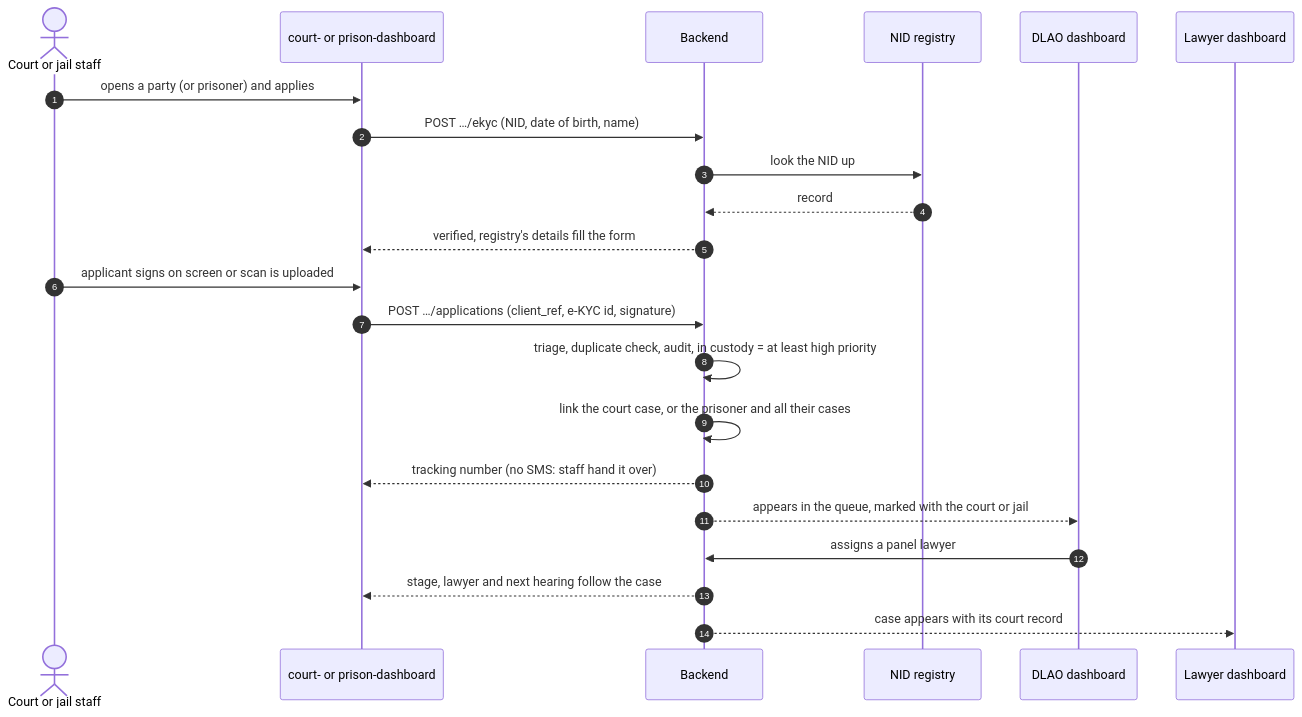
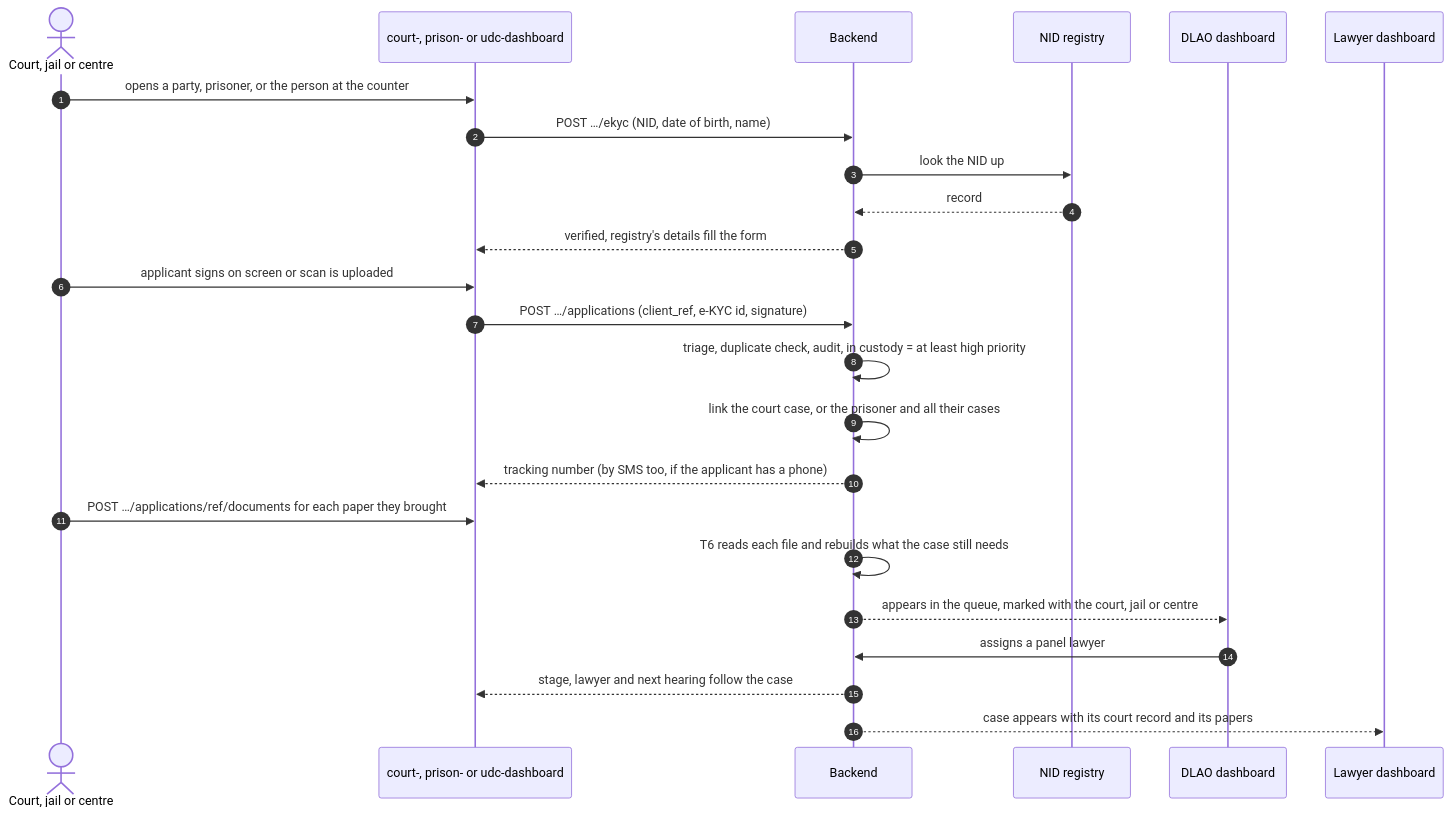
Before and after one commit to muztahiddurjoy/vanguard: diagram 20 of 22 in README.md, drawn with Mermaid. The commit also changed other lines of this file and 4 other files, not shown here.

````diff
--- a/README.md
+++ b/README.md
@@ -779,25 +813,27 @@
 ```mermaid
 sequenceDiagram
   autonumber
-  actor Staff as Court or jail staff
-  participant Dash as court- or prison-dashboard
+  actor Staff as Court, jail or centre
+  participant Dash as court-, prison- or udc-dashboard
   participant Srv as Backend
   participant NID as NID registry
   participant DL as DLAO dashboard
   participant Law as Lawyer dashboard
 
-  Staff->>Dash: opens a party (or prisoner) and applies
+  Staff->>Dash: opens a party, prisoner, or the person at the counter
   Dash->>Srv: POST …/ekyc (NID, date of birth, name)
   Srv->>NID: look the NID up
   NID-->>Srv: record
   Srv-->>Dash: verified, registry's details fill the form
   Staff->>Dash: applicant signs on screen or scan is uploaded
   Dash->>Srv: POST …/applications (client_ref, e-KYC id, signature)
   Srv->>Srv: triage, duplicate check, audit, in custody = at least high priority
   Srv->>Srv: link the court case, or the prisoner and all their cases
-  Srv-->>Dash: tracking number (no SMS: staff hand it over)
-  Srv-->>DL: appears in the queue, marked with the court or jail
+  Srv-->>Dash: tracking number (by SMS too, if the applicant has a phone)
+  Staff->>Dash: POST …/applications/ref/documents for each paper they brought
+  Srv->>Srv: T6 reads each file and rebuilds what the case still needs
+  Srv-->>DL: appears in the queue, marked with the court, jail or centre
   DL->>Srv: assigns a panel lawyer
   Srv-->>Dash: stage, lawyer and next hearing follow the case
-  Srv-->>Law: case appears with its court record
+  Srv-->>Law: case appears with its court record and its papers
 ```
````
